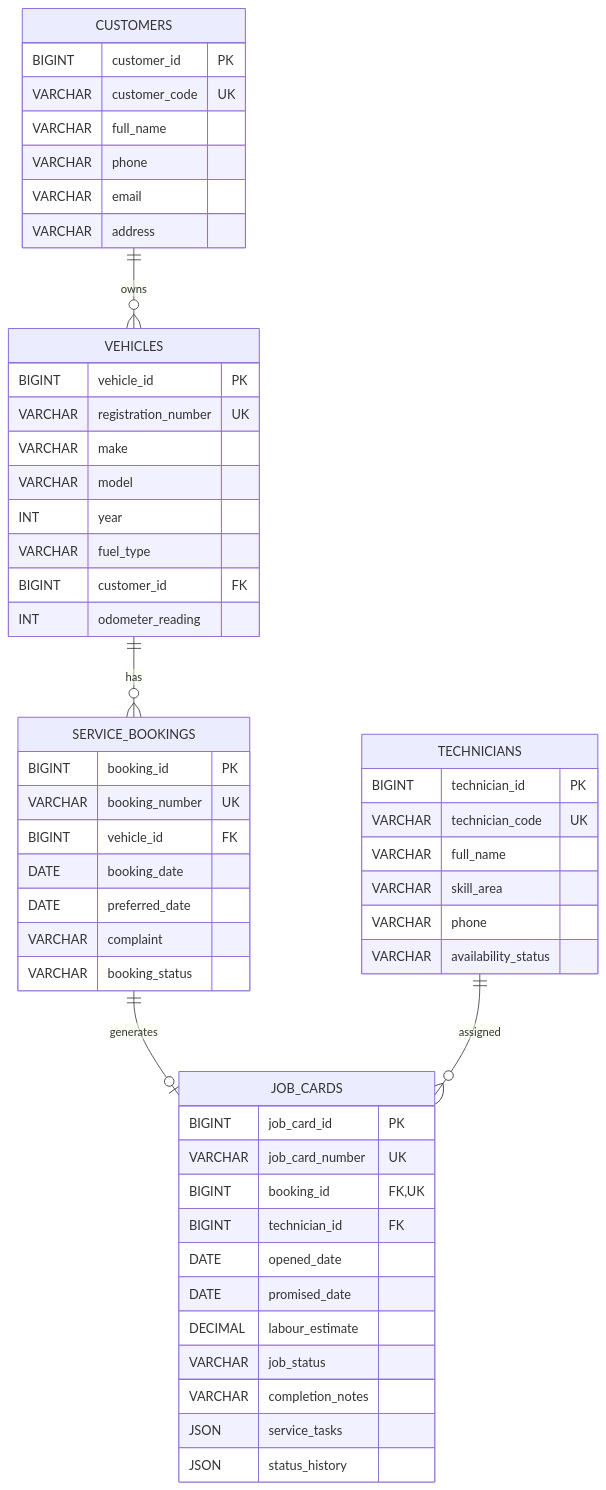
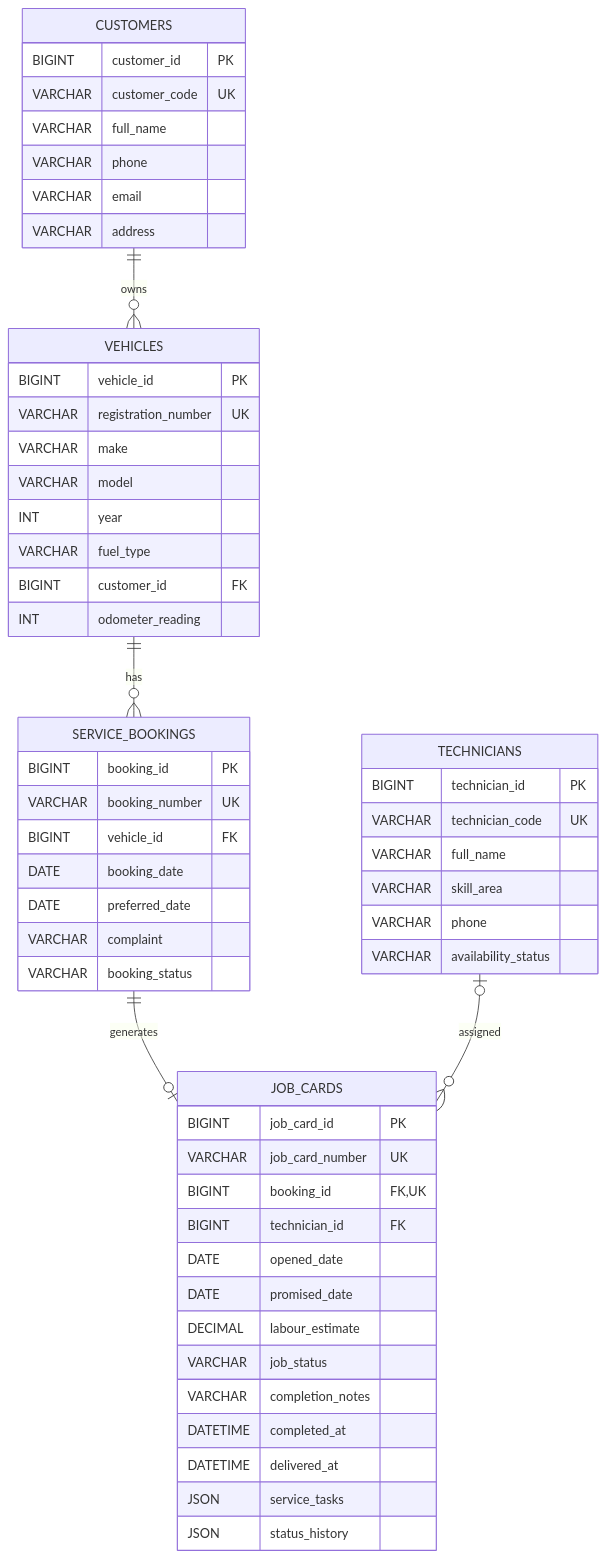
The diagram in docs/er-diagram.md (saivenkataad25-lab/Vehicle-Service-Centre-Job-Card-Management-System), drawn with Mermaid before and after one commit. The commit also changed other lines of this file and 34 other files, not shown here.

````diff
--- a/docs/er-diagram.md
+++ b/docs/er-diagram.md
@@ -3,60 +3,62 @@
 ```mermaid
 erDiagram
   CUSTOMERS ||--o{ VEHICLES : owns
   VEHICLES ||--o{ SERVICE_BOOKINGS : has
   SERVICE_BOOKINGS ||--o| JOB_CARDS : generates
-  TECHNICIANS ||--o{ JOB_CARDS : assigned
+  TECHNICIANS |o--o{ JOB_CARDS : assigned
 
   CUSTOMERS {
     BIGINT customer_id PK
     VARCHAR customer_code UK
     VARCHAR full_name
     VARCHAR phone
     VARCHAR email
     VARCHAR address
   }
 
   VEHICLES {
     BIGINT vehicle_id PK
     VARCHAR registration_number UK
     VARCHAR make
     VARCHAR model
     INT year
     VARCHAR fuel_type
     BIGINT customer_id FK
     INT odometer_reading
   }
 
   TECHNICIANS {
     BIGINT technician_id PK
     VARCHAR technician_code UK
     VARCHAR full_name
     VARCHAR skill_area
     VARCHAR phone
     VARCHAR availability_status
   }
 
   SERVICE_BOOKINGS {
     BIGINT booking_id PK
     VARCHAR booking_number UK
     BIGINT vehicle_id FK
     DATE booking_date
     DATE preferred_date
     VARCHAR complaint
     VARCHAR booking_status
   }
 
   JOB_CARDS {
     BIGINT job_card_id PK
     VARCHAR job_card_number UK
     BIGINT booking_id FK, UK
     BIGINT technician_id FK
     DATE opened_date
     DATE promised_date
     DECIMAL labour_estimate
     VARCHAR job_status
     VARCHAR completion_notes
+    DATETIME completed_at
+    DATETIME delivered_at
     JSON service_tasks
     JSON status_history
   }
 ```
````
